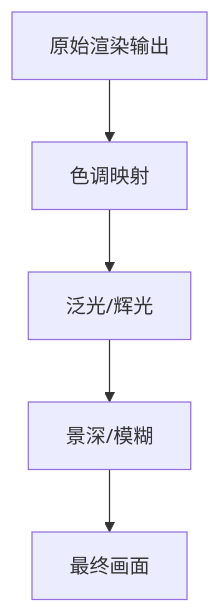
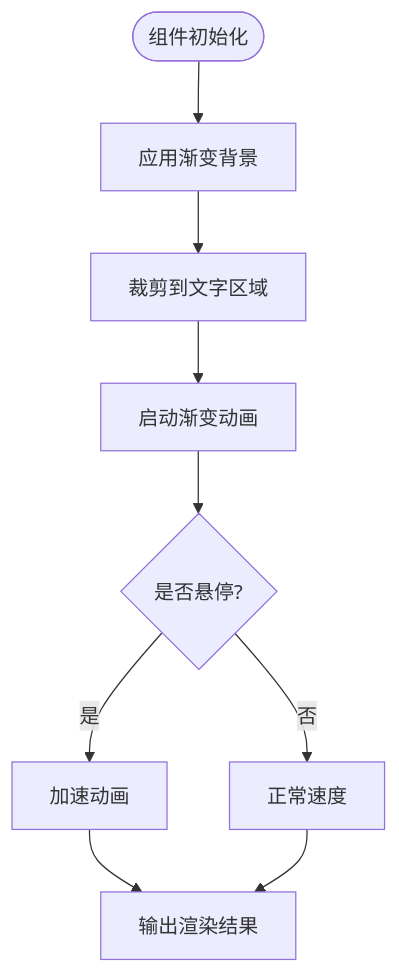
One commit to lithos666/lithos666.github.io changed the third of 4 diagrams in .qoder/repowiki/zh/content/3D渲染系统/着色器与材质/着色器与材质.md. Above: the diagram before and after it, drawn with Mermaid. The commit also changed other lines of this file and 51 other files, not shown here.

````diff
--- a/.qoder/repowiki/zh/content/3D渲染系统/着色器与材质/着色器与材质.md
+++ b/.qoder/repowiki/zh/content/3D渲染系统/着色器与材质/着色器与材质.md
@@ -236,7 +106,11 @@
 ```mermaid
 flowchart TD
-Render["原始渲染输出"] --> Pass1["色调映射"]
-Pass1 --> Pass2["泛光/辉光"]
-Pass2 --> Pass3["景深/模糊"]
-Pass3 --> Final["最终画面"]
+Init(["组件初始化"]) --> ApplyGradient["应用渐变背景"]
+ApplyGradient --> ClipText["裁剪到文字区域"]
+ClipText --> Animate["启动渐变动画"]
+Animate --> HoverCheck{"是否悬停?"}
+HoverCheck --> |是| SpeedUp["加速动画"]
+HoverCheck --> |否| NormalSpeed["正常速度"]
+SpeedUp --> Output["输出渲染结果"]
+NormalSpeed --> Output
 ```
````
